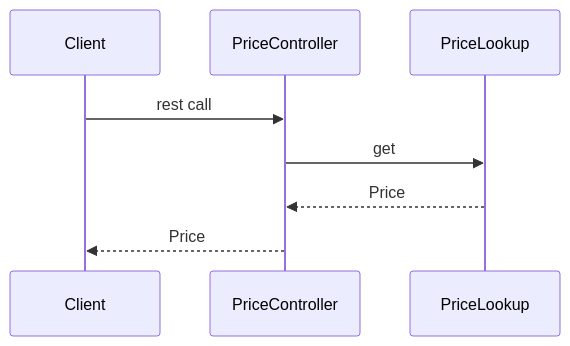
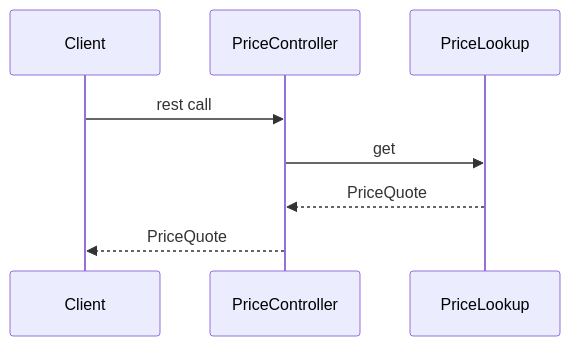
The second of 2 diagrams in README.md (amitdawle/marketpricehandler), drawn with Mermaid before and after one commit. The commit also changed other lines of this file and 7 other files, not shown here.

````diff
--- a/README.md
+++ b/README.md
@@ -39,7 +39,7 @@
 ```mermaid
   sequenceDiagram
     Client ->> PriceController : rest call
     PriceController ->> PriceLookup :  get
-    PriceLookup -->>  PriceController : Price
-    PriceController -->> Client : Price
+    PriceLookup -->>  PriceController : PriceQuote
+    PriceController -->> Client : PriceQuote
 ```
````
